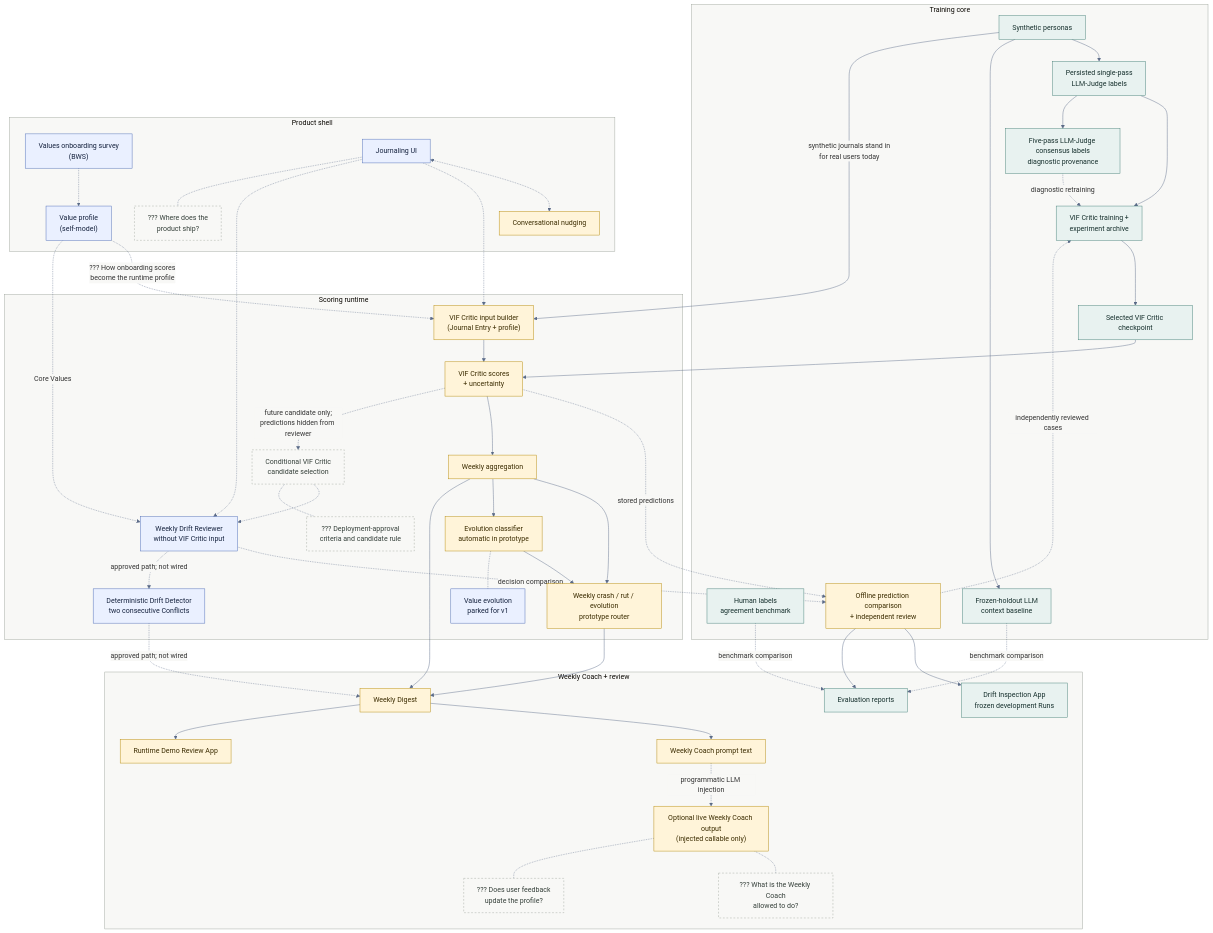
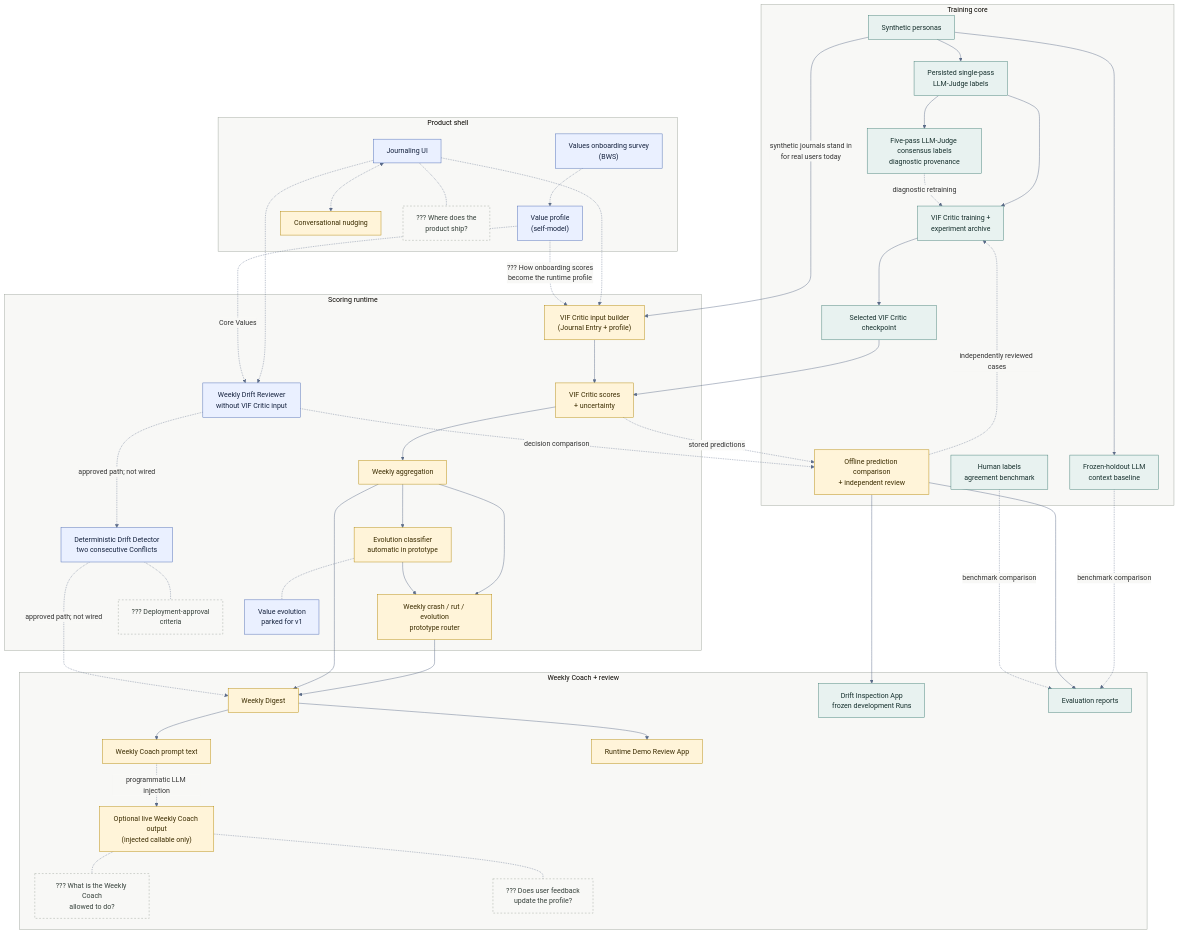
One commit to DesmondChoy/twinkl changed the diagram in docs/architecture/e2e_architecture.md. Above: the diagram before and after it, drawn with Mermaid. The commit also changed other lines of this file and 13 other files, not shown here.

````diff
--- a/docs/architecture/e2e_architecture.md
+++ b/docs/architecture/e2e_architecture.md
@@ -58,9 +58,8 @@
         drift["Weekly crash / rut / evolution<br/>prototype router"]
         reviewer["Weekly Drift Reviewer<br/>without VIF Critic input"]
         drift_v1["Deterministic Drift Detector<br/>two consecutive Conflicts"]
-        candidate["Conditional VIF Critic<br/>candidate selection"]
         evolution["Evolution classifier<br/>automatic in prototype"]
-        d_trigger["??? Deployment-approval<br/>criteria and candidate rule"]
+        d_trigger["??? Deployment-approval<br/>criteria"]
         d_evolution["Value evolution<br/>parked for v1"]
     end
 
@@ -106,8 +105,6 @@
     state --> scores --> weekly --> drift
     weekly --> evolution --> drift
     reviewer -. "approved path; not wired" .-> drift_v1
-    scores -. "future candidate only;<br/>predictions hidden from reviewer" .-> candidate
-    candidate -.-> reviewer
 
     %% Weekly Coach + review (wired, experimental)
     drift --> digest
@@ -119,7 +116,7 @@
 
     %% Open decisions attached to where they bite
     journaling -.- d_surface
-    candidate -.- d_trigger
+    drift_v1 -.- d_trigger
     evolution -.- d_evolution
     narrative -.- d_boundary
     narrative -.- d_feedback
@@ -127,5 +124,5 @@
     class personas,judge,consensus,annotation,critic_train,checkpoint,llm_baseline,drift_review,reports implemented;
     class state,scores,weekly,drift,evolution,digest,prompt,narrative,runtime_review,offline_review,nudges partial;
     class onboarding,profile,journaling,reviewer,drift_v1,d_evolution specified;
-    class candidate,d_surface,d_trigger,d_boundary,d_feedback decision;
+    class d_surface,d_trigger,d_boundary,d_feedback decision;
 ```
````
